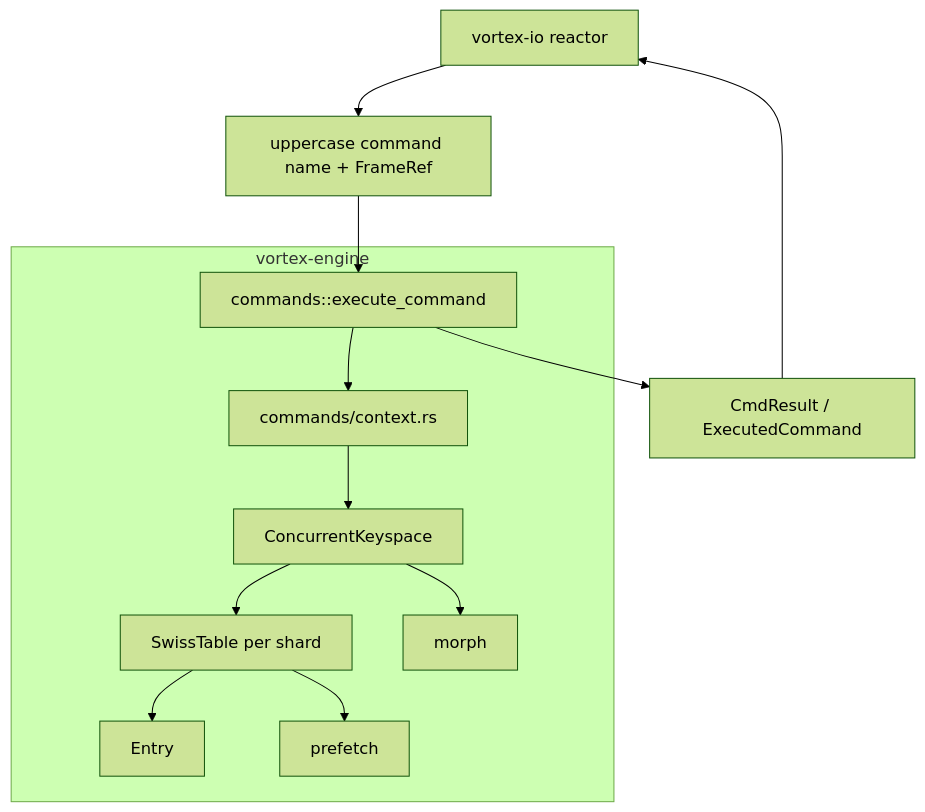
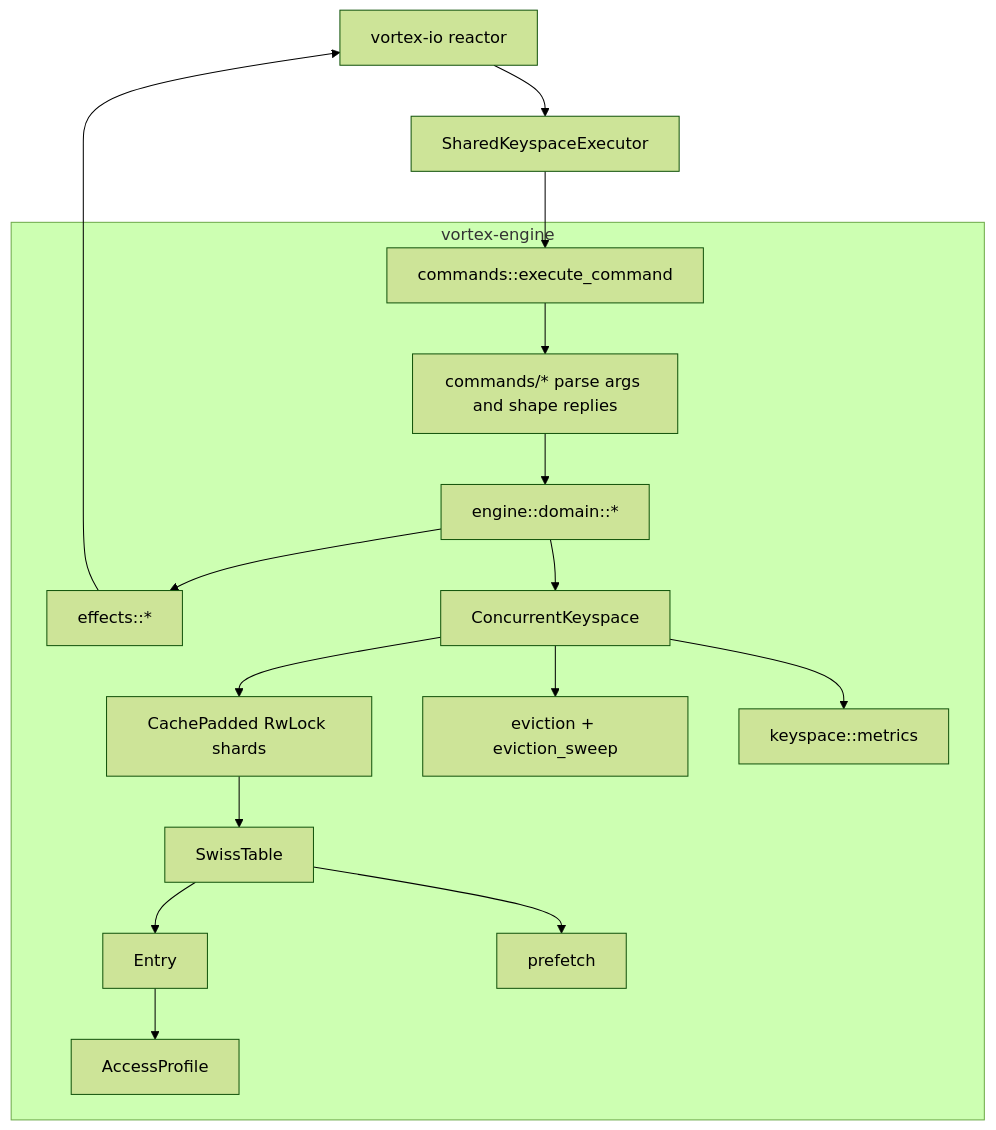
One commit to kevincaicedo/vortex changed the first of 3 diagrams in crates/vortex-engine/docs/01-architecture-overview.md. Above: the diagram before and after it, drawn with Mermaid (forest theme). The commit also changed other lines of this file and 18 other files, not shown here.

````diff
--- a/crates/vortex-engine/docs/01-architecture-overview.md
+++ b/crates/vortex-engine/docs/01-architecture-overview.md
@@ -33,17 +46,21 @@
 ```mermaid
 flowchart TD
-    IO[vortex-io reactor] --> PROTO[uppercase command name + FrameRef]
-    PROTO --> CMD[commands::execute_command]
+    Reactor[vortex-io reactor] --> Executor[SharedKeyspaceExecutor]
+    Executor --> Dispatch[commands::execute_command]
 
-    subgraph ENGINE[vortex-engine]
-        CMD --> CTX[commands/context.rs]
-        CTX --> KS[ConcurrentKeyspace]
-        KS --> TABLE[SwissTable per shard]
-        TABLE --> ENTRY[Entry]
-        KS --> MORPH[morph]
-        TABLE --> PREFETCH[prefetch]
+    subgraph Engine["vortex-engine"]
+        Dispatch --> CommandModules["commands/* parse args and shape replies"]
+        CommandModules --> Domain["engine::domain::*"]
+        Domain --> Effects["effects::*"]
+        Domain --> Keyspace[ConcurrentKeyspace]
+        Keyspace --> Shards["CachePadded RwLock shards"]
+        Shards --> Table[SwissTable]
+        Table --> Entry[Entry]
+        Keyspace --> Eviction[eviction + eviction_sweep]
+        Keyspace --> Metrics[keyspace::metrics]
+        Entry --> Morph[AccessProfile]
+        Table --> Prefetch[prefetch]
     end
 
-    CMD --> OUT[CmdResult / ExecutedCommand]
-    OUT --> IO
+    Effects --> Reactor
 ```
````
